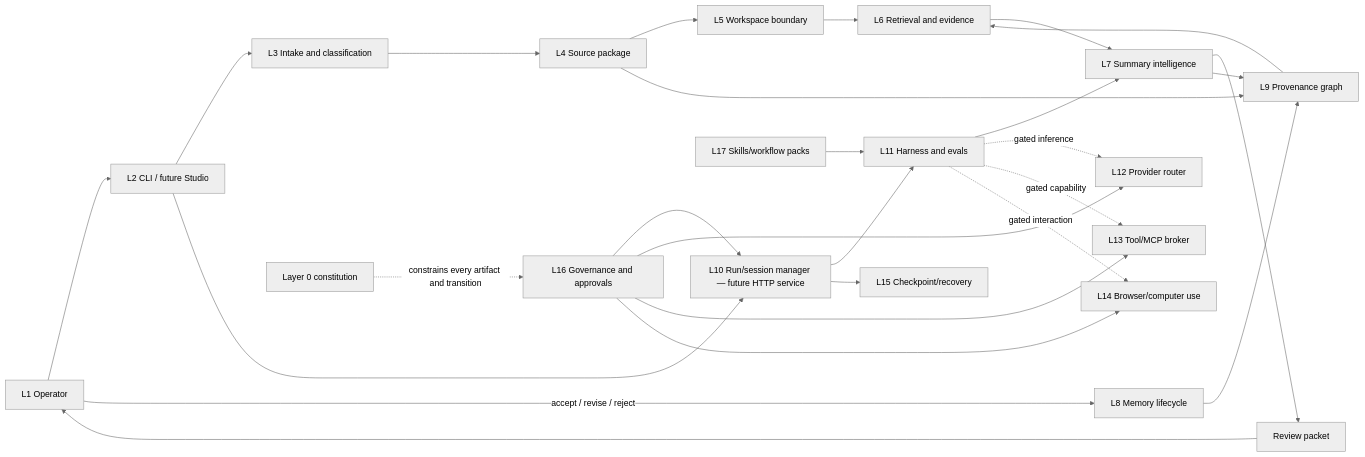
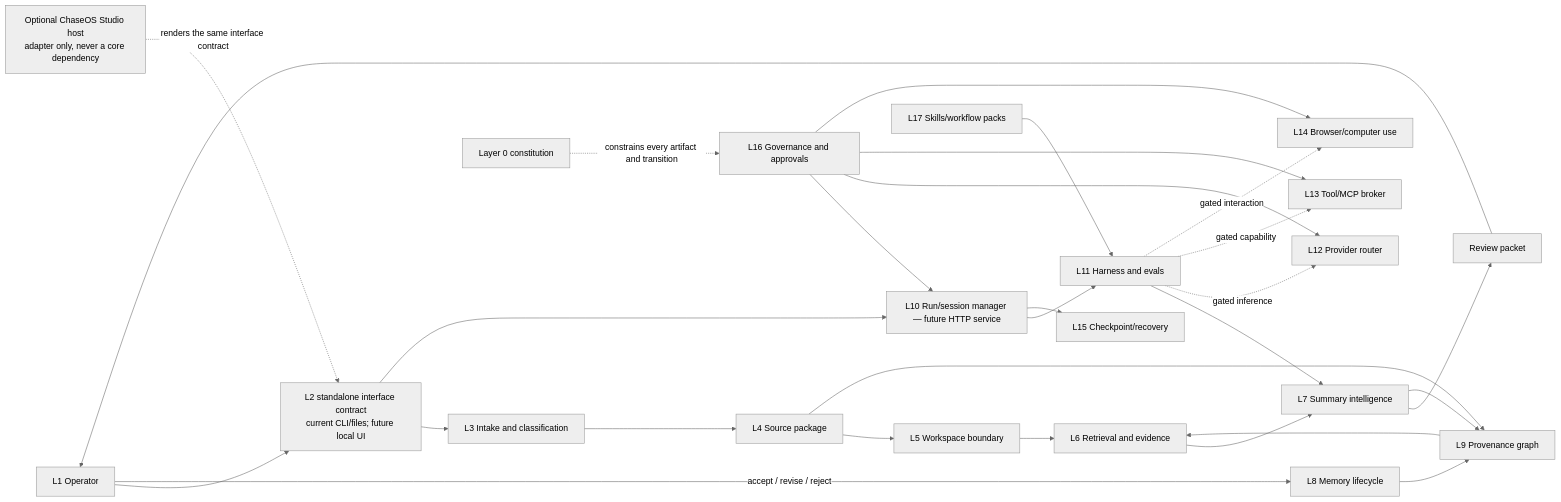
The second of 2 diagrams in docs/01_Product/Chaser-Agent-17-Layer-Architecture.md (chasedndt/Chaser-Agent), drawn with Mermaid (neutral theme) before and after one commit. The commit also changed other lines of this file and 5 other files, not shown here.

````diff
--- a/docs/01_Product/Chaser-Agent-17-Layer-Architecture.md
+++ b/docs/01_Product/Chaser-Agent-17-Layer-Architecture.md
@@ -84,30 +86,31 @@
 ```mermaid
 flowchart LR
-    O["L1 Operator"] --> UI["L2 CLI / future Studio"]
+    O["L1 Operator"] --> UI["L2 standalone interface contract<br/>current CLI/files; future local UI"]
+    COS["Optional ChaseOS Studio host<br/>adapter only, never a core dependency"] -. "renders the same interface contract" .-> UI
     UI --> I["L3 Intake and classification"]
     I --> S["L4 Source package"]
     S --> W["L5 Workspace boundary"]
     W --> R["L6 Retrieval and evidence"]
     R --> SI["L7 Summary intelligence"]
     SI --> RP["Review packet"]
     RP --> O
     O -->|"accept / revise / reject"| M["L8 Memory lifecycle"]
     S --> G["L9 Provenance graph"]
     SI --> G
     M --> G
     G --> R
 
     UI --> AR["L10 Run/session manager — future HTTP service"]
     AR --> H["L11 Harness and evals"]
     H --> SI
     H -. "gated inference" .-> P["L12 Provider router"]
     H -. "gated capability" .-> T["L13 Tool/MCP broker"]
     H -. "gated interaction" .-> B["L14 Browser/computer use"]
     AR --> RR["L15 Checkpoint/recovery"]
     GOV["L16 Governance and approvals"] --> AR
     GOV --> P
     GOV --> T
     GOV --> B
     X["L17 Skills/workflow packs"] --> H
     C["Layer 0 constitution"] -. "constrains every artifact and transition" .-> GOV
 ```
````
